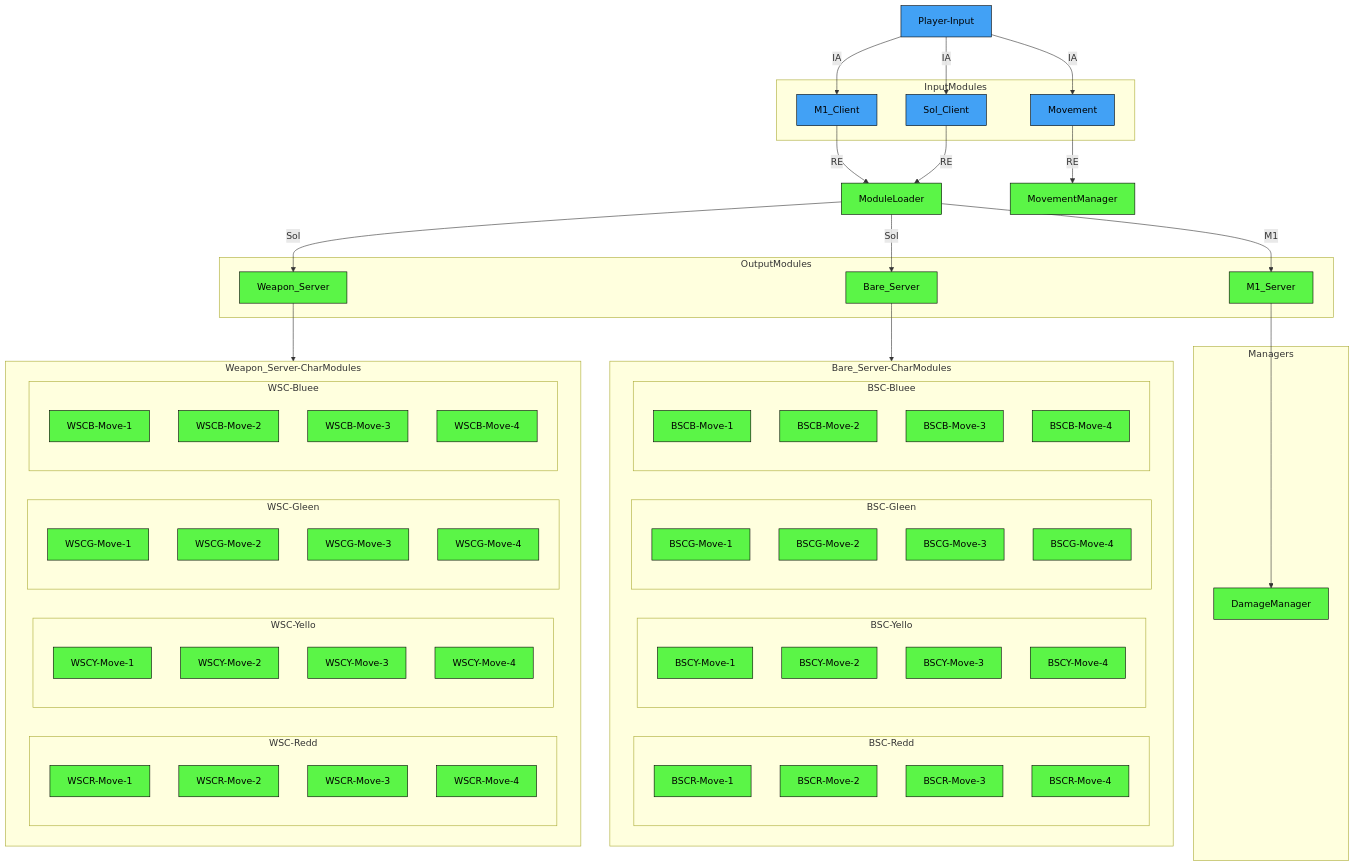
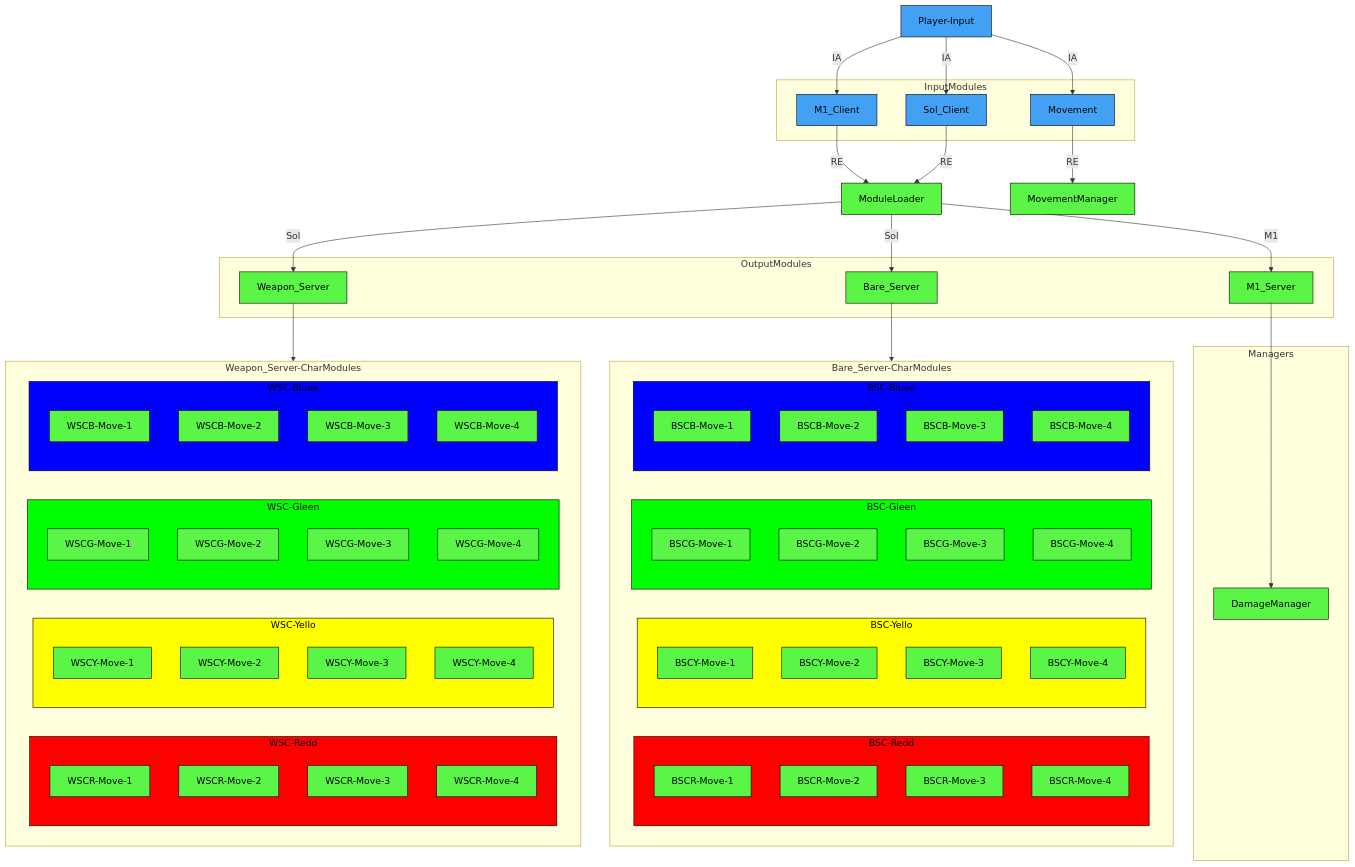
Before and after one commit to altair5607249/Crusaders-Game: the first of 2 diagrams in README.md, drawn with Mermaid.

````diff
--- a/README.md
+++ b/README.md
@@ -52,6 +52,11 @@
   classDef serverNode fill:#5bf547,stroke:#000000,color:#000000
   classDef clientNode fill:#42a1f5,stroke:#000000,color:#000000
   classDef universalNode fill:#b549eb,stroke:#000000,color:#000000
+
+  classDef redNode fill:#FF0000,stroke:#000000,color:#000000
+  classDef yellowNode fill:#FFFF00,stroke:#000000,color:#000000
+  classDef greenNode fill:#00FF00,stroke:#000000,color:#000000
+  classDef blueNode fill:#0000FF,stroke:#000000,color:#000000
 
   subgraph InputModules
     M1_Client;
@@ -137,4 +142,9 @@
 
   class ModuleLoader,M1_Server,Bare_Server,Weapon_Server,MovementManager,DamageManager,BSCR-Move-1,BSCR-Move-2,BSCR-Move-3,BSCR-Move-4,BSCY-Move-1,BSCY-Move-2,BSCY-Move-3,BSCY-Move-4,BSCG-Move-1,BSCG-Move-2,BSCG-Move-3,BSCG-Move-4,BSCB-Move-1,BSCB-Move-2,BSCB-Move-3,BSCB-Move-4,WSCR-Move-1,WSCR-Move-2,WSCR-Move-3,WSCR-Move-4,WSCY-Move-1,WSCY-Move-2,WSCY-Move-3,WSCY-Move-4,WSCG-Move-1,WSCG-Move-2,WSCG-Move-3,WSCG-Move-4,WSCB-Move-1,WSCB-Move-2,WSCB-Move-3,WSCB-Move-4 serverNode;
   class Player-Input,M1_Client,Sol_Client,Movement clientNode;
+
+  class BSC-Redd,WSC-Redd redNode;
+  class BSC-Yello,WSC-Yello yellowNode;
+  class BSC-Gleen,WSC-Gleen greenNode;
+  class BSC-Bluee,WSC-Bluee blueNode;
 ```
````
